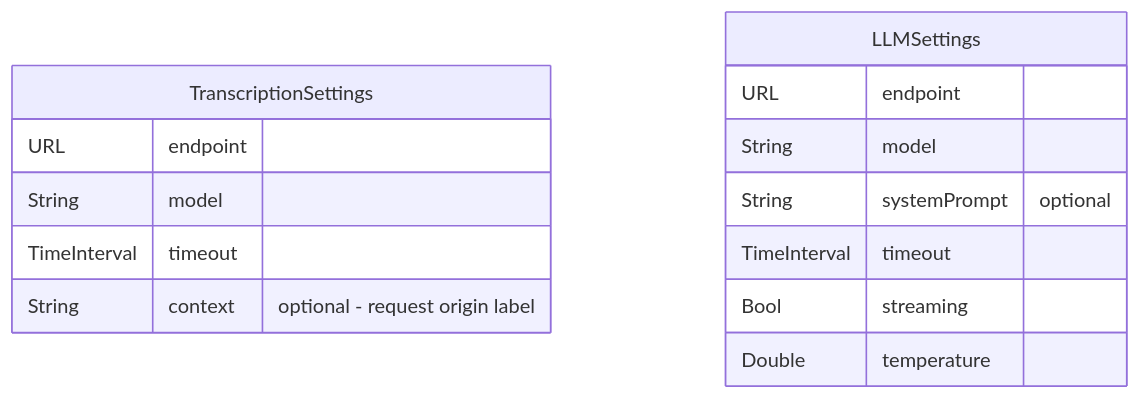
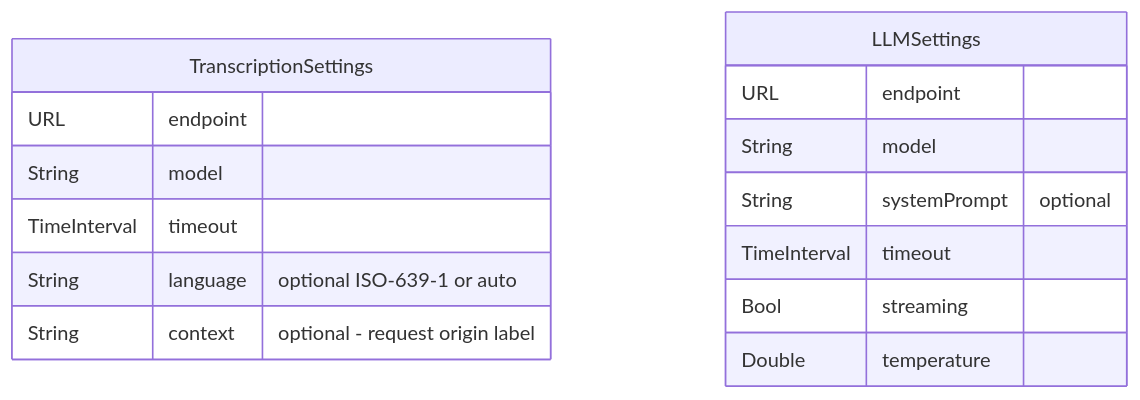
One commit to dkapo88/WonderWhisper-macOS changed the fourth of 10 diagrams in datamodel.md. Above: the diagram before and after it, drawn with Mermaid. The commit also changed other lines of this file and 12 other files, not shown here.

````diff
--- a/datamodel.md
+++ b/datamodel.md
@@ -173,18 +176,19 @@
 ```mermaid
 erDiagram
     TranscriptionSettings {
         URL endpoint
         String model
         TimeInterval timeout
+        String language "optional ISO-639-1 or auto"
         String context "optional - request origin label"
     }
     
     LLMSettings {
         URL endpoint
         String model
         String systemPrompt "optional"
         TimeInterval timeout
         Bool streaming
         Double temperature
     }
 ```
````
